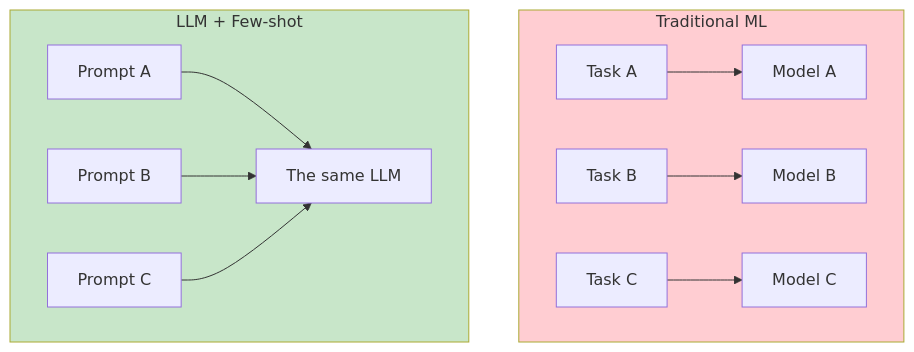
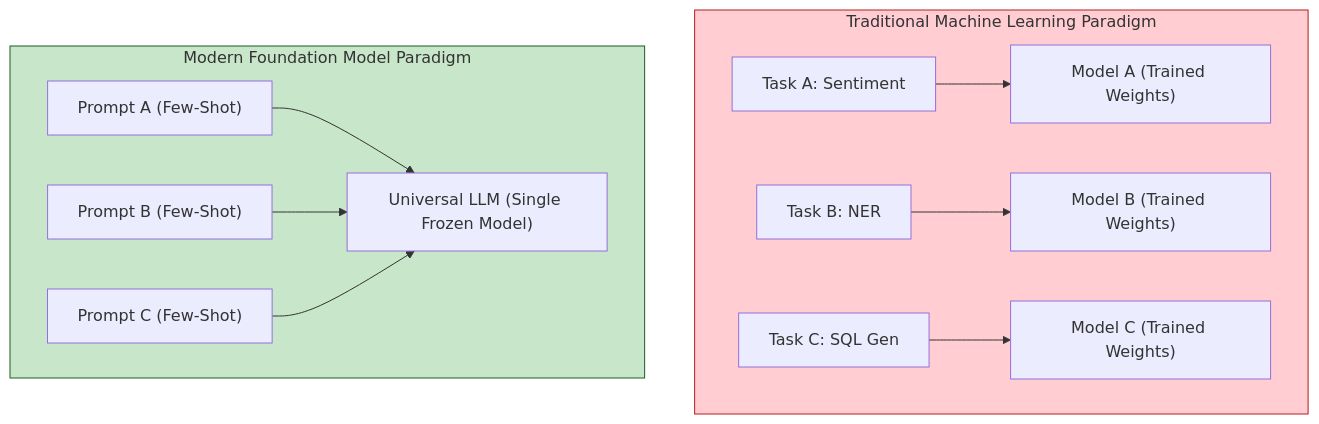
One commit to yingwang/thinking-in-llm changed the fourth of 5 diagrams in en/chapters/05-strengths.md. Above: the diagram before and after it, drawn with Mermaid. The commit also changed other lines of this file and 31 other files, not shown here.

````diff
--- a/en/chapters/05-strengths.md
+++ b/en/chapters/05-strengths.md
@@ -300,17 +292,17 @@
 ```mermaid
 flowchart TD
-    subgraph traditional["Traditional ML"]
-        T1["Task A"] --> M1["Model A"]
-        T2["Task B"] --> M2["Model B"]
-        T3["Task C"] --> M3["Model C"]
+    subgraph traditional["Traditional Machine Learning Paradigm"]
+        T1["Task A: Sentiment"] --> M1["Model A (Trained Weights)"]
+        T2["Task B: NER"] --> M2["Model B (Trained Weights)"]
+        T3["Task C: SQL Gen"] --> M3["Model C (Trained Weights)"]
     end
 
-    subgraph LLM["LLM + Few-shot"]
-        P1["Prompt A"] --> M["The same LLM"]
-        P2["Prompt B"] --> M
-        P3["Prompt C"] --> M
+    subgraph LLM["Modern Foundation Model Paradigm"]
+        P1["Prompt A (Few-Shot)"] --> M["Universal LLM (Single Frozen Model)"]
+        P2["Prompt B (Few-Shot)"] --> M
+        P3["Prompt C (Few-Shot)"] --> M
     end
 
-    style traditional fill:#ffcdd2
-    style LLM fill:#c8e6c9
+    style traditional fill:#ffcdd2,stroke:#b71c1c
+    style LLM fill:#c8e6c9,stroke:#1b5e20
 ```
````
